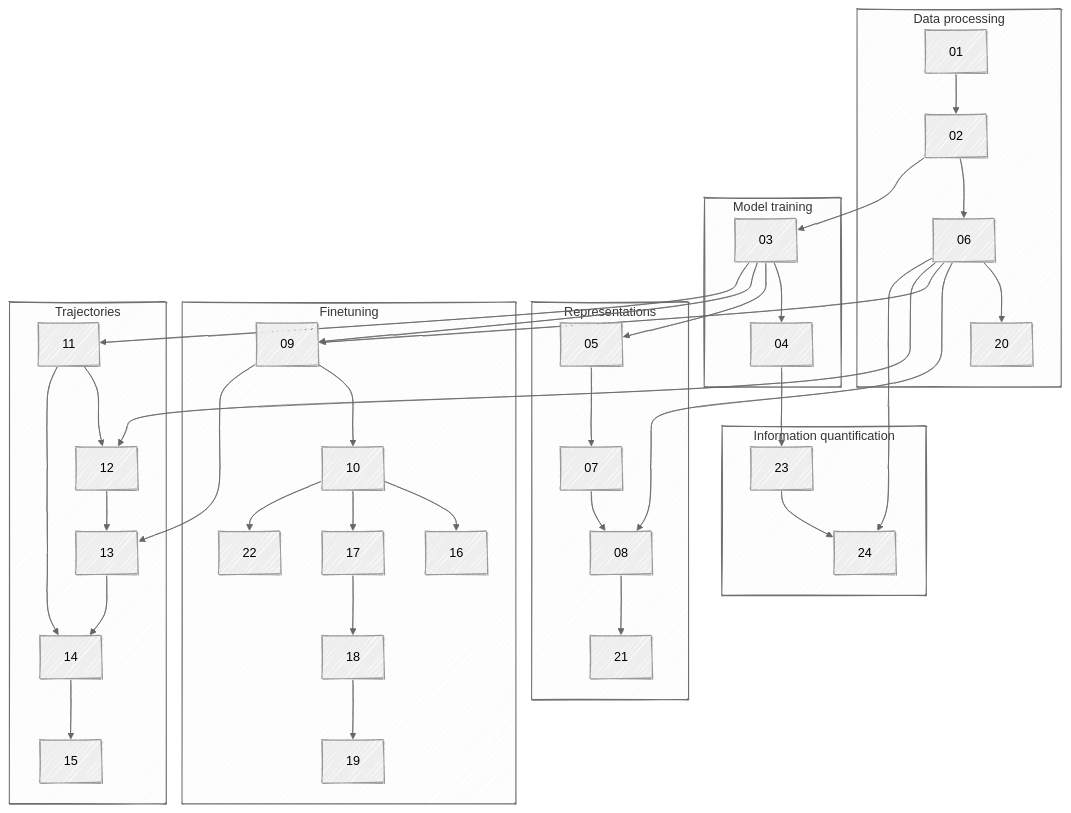
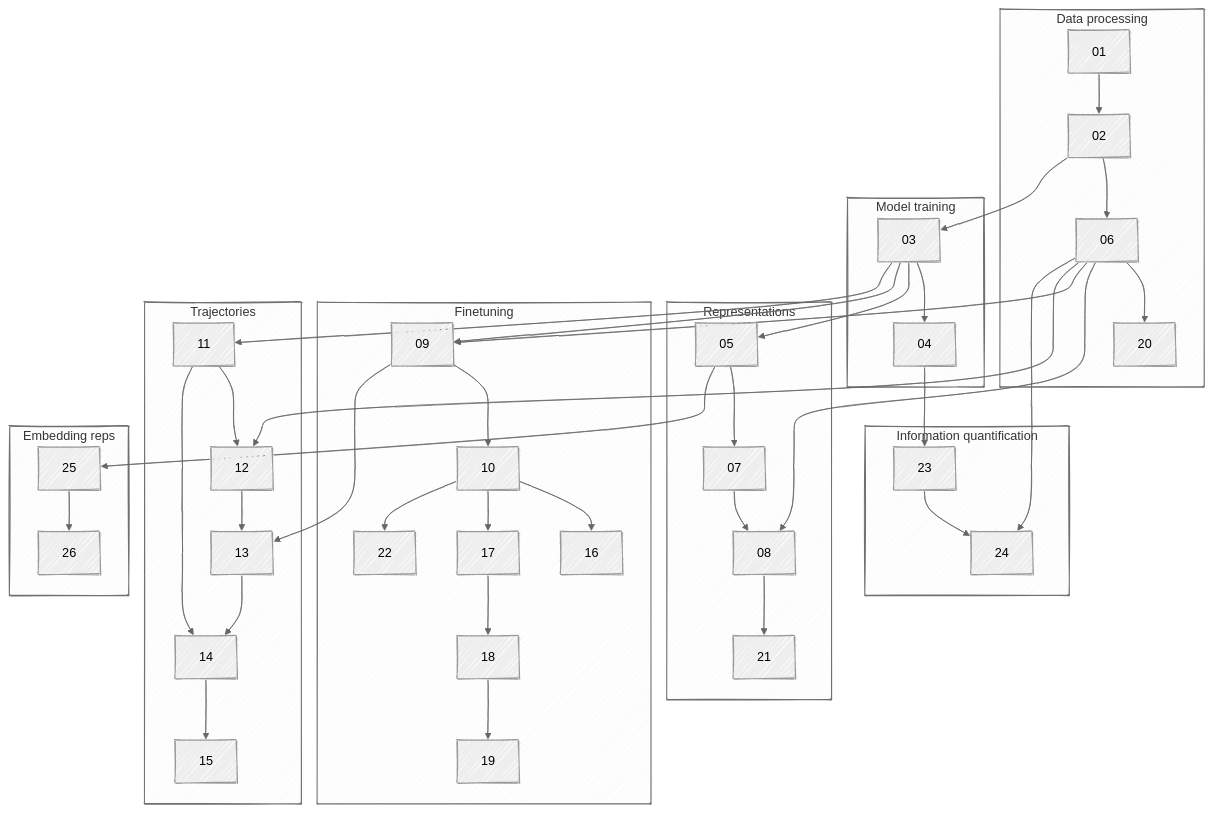
The diagram in README.md (bbj-lab/fms-ehrs), drawn with Mermaid before and after one commit. The commit also changed other lines of this file and 28 other files, not shown here.

````diff
--- a/README.md
+++ b/README.md
@@ -24,63 +24,68 @@
 ```mermaid
 ---
 config:
   theme: neutral
   look: handDrawn
   layout: fixed
   themeCSS: "* { overflow: visible; }"
 ---
 flowchart TD
  subgraph s1["Data processing"]
         N1["01"]
         N2["02"]
         N6["06"]
         N20["20"]
   end
  subgraph s2["Model training"]
         N3["03"]
         N4["04"]
   end
  subgraph s3["Representations"]
         N5["05"]
         N7["07"]
         N8["08"]
         N21["21"]
   end
  subgraph s4["Finetuning"]
         N9["09"]
         N10["10"]
         N16["16"]
         N17["17"]
         N18["18"]
         N19["19"]
         N22["22"]
   end
  subgraph s5["Trajectories"]
         N11["11"]
         N12["12"]
         N13["13"]
         N14["14"]
         N15["15"]
   end
  subgraph s6["Information quantification"]
         N23["23"]
         N24["24"]
  end
+ subgraph s7["Embedding reps"]
+        N25["25"]
+        N26["26"]
+ end
     N1 --> N2
     N2 --> N6 & N3
     N6 --> N20 & N8 & N9 & N12 & N24
     N3 --> N4 & N5 & N9 & N11
-    N5 --> N7
+    N4 --> N23
+    N5 --> N7 & N25
     N7 --> N8
     N8 --> N21
     N9 --> N10 & N13
     N10 --> N16 & N17 & N22
-    N17 --> N18
-    N18 --> N19
     N11 --> N12 & N14
     N12 --> N13
     N13 --> N14
     N14 --> N15
-    N4 --> N23
+    N17 --> N18
+    N18 --> N19
     N23 --> N24
+    N25 --> N26
 ```
````
